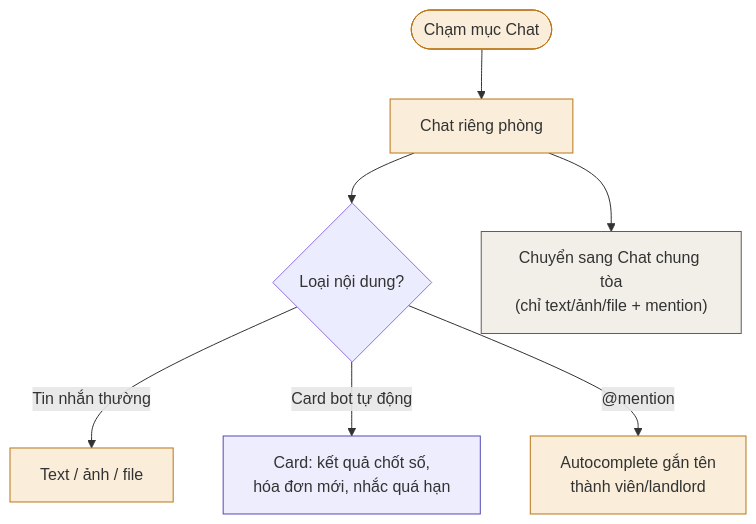
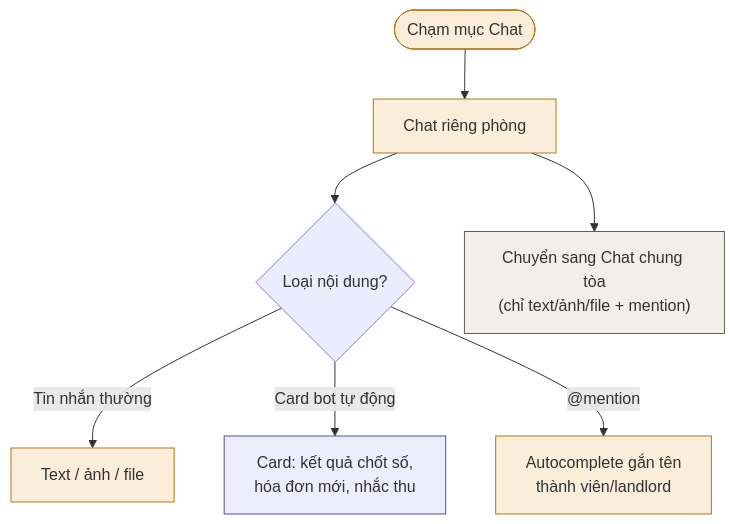
One commit to pbl6-home-renter/docs changed diagram 14 of 17 in phase-1/discovery/user_flow/tenant-user-flow.md. Above: the diagram before and after it, drawn with Mermaid. The commit also changed other lines of this file and 16 other files, not shown here.

````diff
--- a/phase-1/discovery/user_flow/tenant-user-flow.md
+++ b/phase-1/discovery/user_flow/tenant-user-flow.md
@@ -313,17 +315,17 @@
 ```mermaid
 flowchart TD
     Start(["Chạm mục Chat"]) --> Room["Chat riêng phòng"]
     Room --> Type{"Loại nội dung?"}
     Type -->|"Tin nhắn thường"| Text["Text / ảnh / file"]
-    Type -->|"Card bot tự động"| Bot["Card: kết quả chốt số,\nhóa đơn mới, nhắc quá hạn"]
+    Type -->|"Card bot tự động"| Bot["Card: kết quả chốt số,\nhóa đơn mới, nhắc thu"]
     Type -->|"@mention"| Mention["Autocomplete gắn tên\nthành viên/landlord"]
 
     Room --> Switch["Chuyển sang Chat chung tòa\n(chỉ text/ảnh/file + mention)"]
 
     style Start fill:#faeeda,stroke:#ba7517
     style Room fill:#faeeda,stroke:#ba7517
     style Text fill:#faeeda,stroke:#ba7517
     style Bot fill:#eeedfe,stroke:#534ab7
     style Mention fill:#faeeda,stroke:#ba7517
     style Switch fill:#f1efe8,stroke:#5f5e5a
 ```
````
